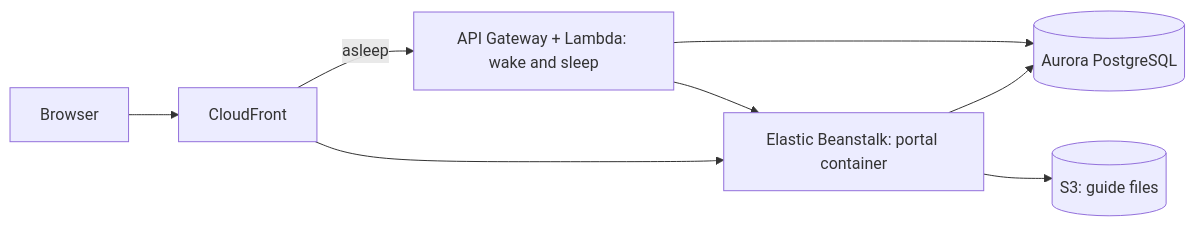
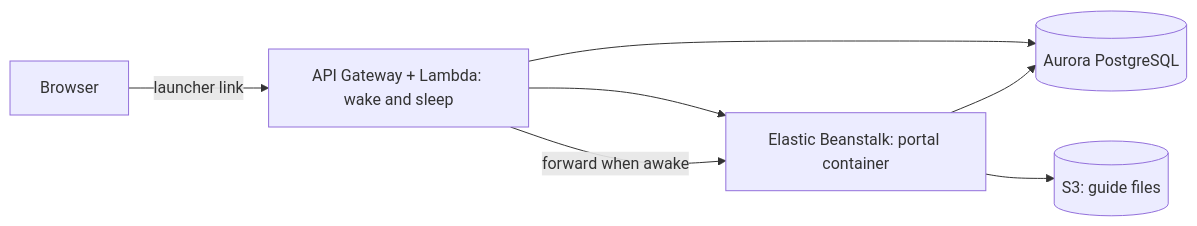
One commit to EpistemeHobo/black-cloud-portal changed the first of 2 diagrams in docs/architecture.md. Above: the diagram before and after it, drawn with Mermaid. The commit also changed other lines of this file and 7 other files, not shown here.

First line of the commit message:
Replace CloudFront with a launcher link

````diff
--- a/docs/architecture.md
+++ b/docs/architecture.md
@@ -13,10 +13,9 @@
 ```mermaid
 flowchart LR
-    User[Browser] --> CF[CloudFront]
-    CF --> EB[Elastic Beanstalk: portal container]
-    CF -->|asleep| Fn[API Gateway + Lambda: wake and sleep]
+    User[Browser] -->|launcher link| Fn[API Gateway + Lambda: wake and sleep]
+    Fn -->|forward when awake| EB[Elastic Beanstalk: portal container]
     EB --> Aurora[(Aurora PostgreSQL)]
     EB --> S3[(S3: guide files)]
     Fn --> Aurora
     Fn --> EB
 ```
````
